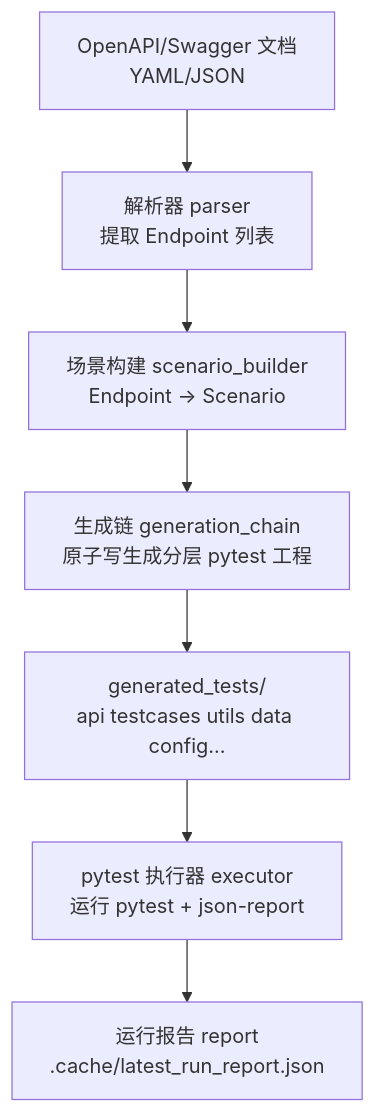
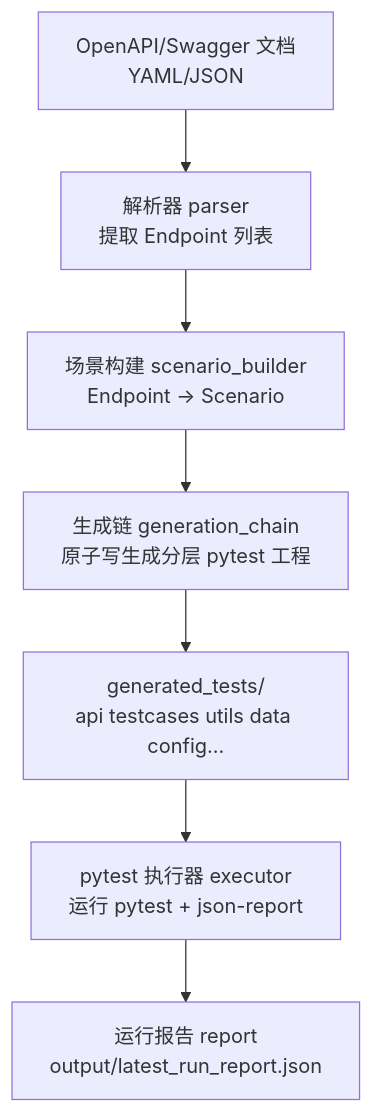
One commit to hanxiwei/api_test_agent_pro changed the first of 2 diagrams in README.md. Above: the diagram before and after it, drawn with Mermaid. The commit also changed other lines of this file and 34 other files, not shown here.

````diff
--- a/README.md
+++ b/README.md
@@ -131,9 +134,9 @@
 ```mermaid
 flowchart TD
   A[OpenAPI/Swagger 文档<br/>YAML/JSON] --> B[解析器 parser<br/>提取 Endpoint 列表]
   B --> C[场景构建 scenario_builder<br/>Endpoint -> Scenario]
   C --> D[生成链 generation_chain<br/>原子写生成分层 pytest 工程]
   D --> E[generated_tests/<br/>api testcases utils data config...]
   E --> F[pytest 执行器 executor<br/>运行 pytest + json-report]
-  F --> G[运行报告 report<br/>.cache/latest_run_report.json]
+  F --> G[运行报告 report<br/>output/latest_run_report.json]
 ```
````
